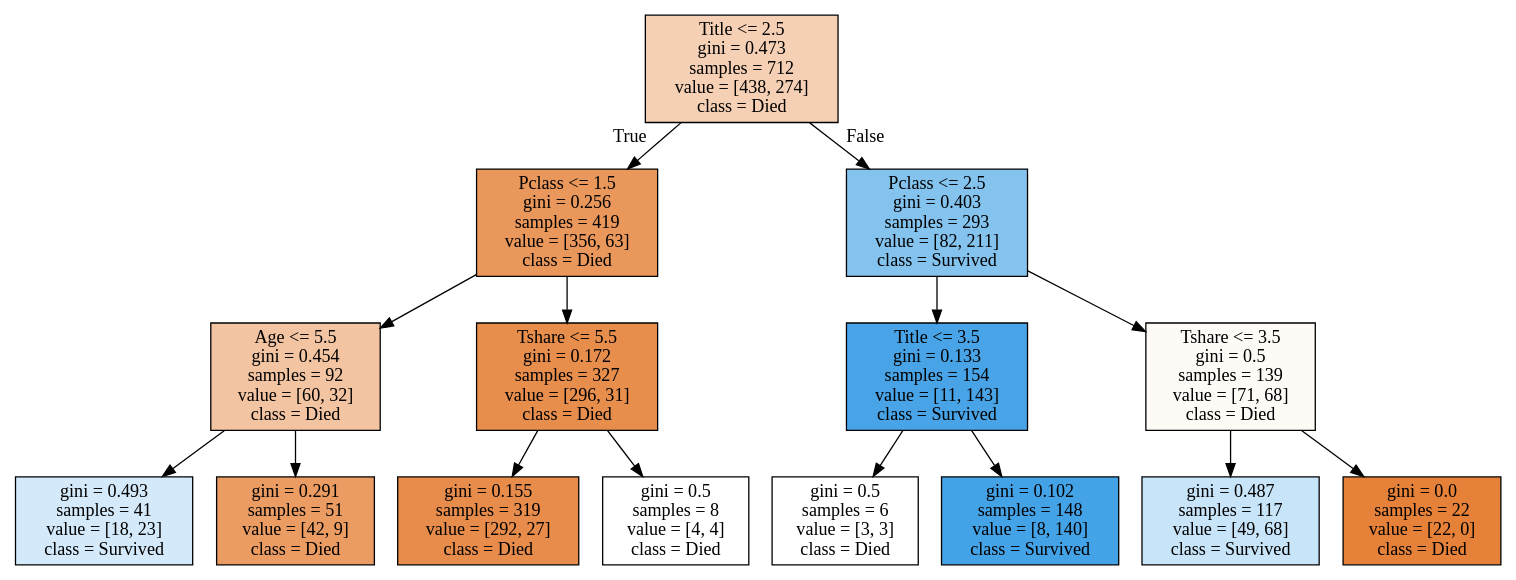
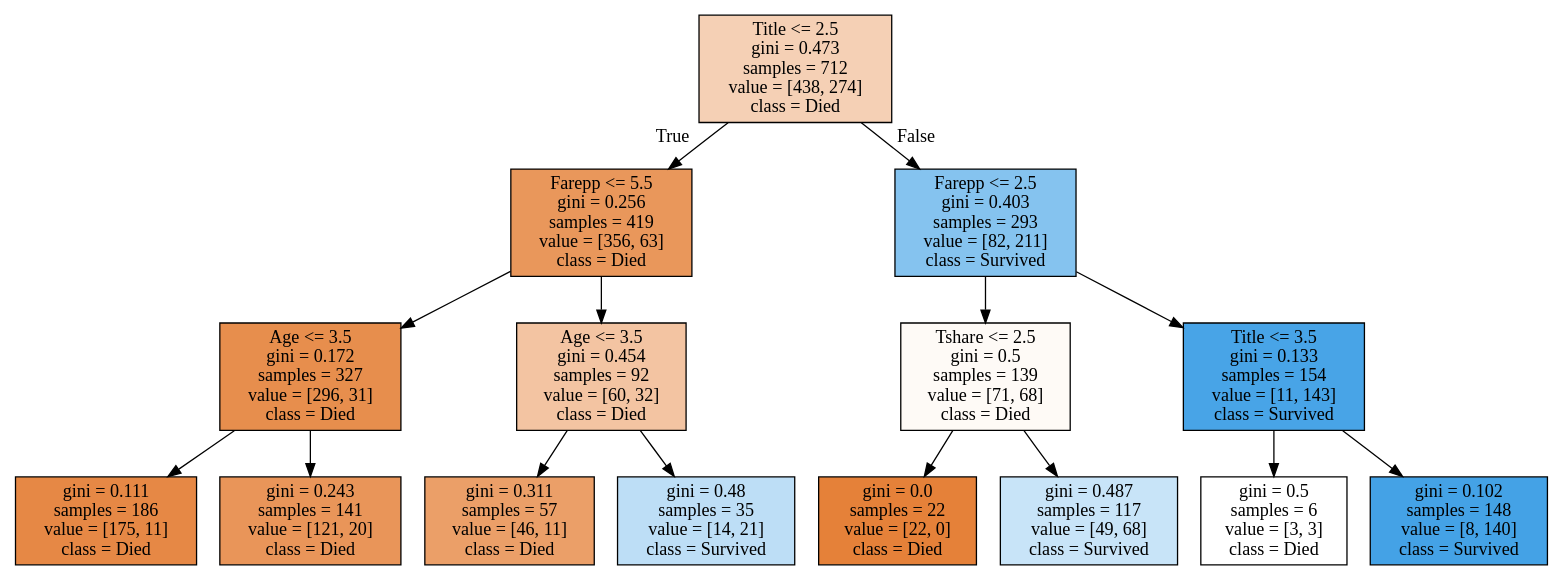
Before and after one commit to jack89roberts/kaggle-titanic: the diagram in tree.dot, drawn with Graphviz. The commit also changed 1 other file, not shown here.

```diff
--- a/tree.dot
+++ b/tree.dot
@@ -1,32 +1,32 @@
 digraph Tree {
 node [shape=box, style="filled", color="black"] ;
 0 [label="Title <= 2.5\ngini = 0.473\nsamples = 712\nvalue = [438, 274]\nclass = Died", fillcolor="#e581395f"] ;
-1 [label="Pclass <= 1.5\ngini = 0.256\nsamples = 419\nvalue = [356, 63]\nclass = Died", fillcolor="#e58139d2"] ;
+1 [label="Farepp <= 5.5\ngini = 0.256\nsamples = 419\nvalue = [356, 63]\nclass = Died", fillcolor="#e58139d2"] ;
 0 -> 1 [labeldistance=2.5, labelangle=45, headlabel="True"] ;
-2 [label="Age <= 5.5\ngini = 0.454\nsamples = 92\nvalue = [60, 32]\nclass = Died", fillcolor="#e5813977"] ;
+2 [label="Age <= 3.5\ngini = 0.172\nsamples = 327\nvalue = [296, 31]\nclass = Died", fillcolor="#e58139e4"] ;
 1 -> 2 ;
-3 [label="gini = 0.493\nsamples = 41\nvalue = [18, 23]\nclass = Survived", fillcolor="#399de537"] ;
+3 [label="gini = 0.111\nsamples = 186\nvalue = [175, 11]\nclass = Died", fillcolor="#e58139ef"] ;
 2 -> 3 ;
-4 [label="gini = 0.291\nsamples = 51\nvalue = [42, 9]\nclass = Died", fillcolor="#e58139c8"] ;
+4 [label="gini = 0.243\nsamples = 141\nvalue = [121, 20]\nclass = Died", fillcolor="#e58139d5"] ;
 2 -> 4 ;
-5 [label="Tshare <= 5.5\ngini = 0.172\nsamples = 327\nvalue = [296, 31]\nclass = Died", fillcolor="#e58139e4"] ;
+5 [label="Age <= 3.5\ngini = 0.454\nsamples = 92\nvalue = [60, 32]\nclass = Died", fillcolor="#e5813977"] ;
 1 -> 5 ;
-6 [label="gini = 0.155\nsamples = 319\nvalue = [292, 27]\nclass = Died", fillcolor="#e58139e7"] ;
+6 [label="gini = 0.311\nsamples = 57\nvalue = [46, 11]\nclass = Died", fillcolor="#e58139c2"] ;
 5 -> 6 ;
-7 [label="gini = 0.5\nsamples = 8\nvalue = [4, 4]\nclass = Died", fillcolor="#e5813900"] ;
+7 [label="gini = 0.48\nsamples = 35\nvalue = [14, 21]\nclass = Survived", fillcolor="#399de555"] ;
 5 -> 7 ;
-8 [label="Pclass <= 2.5\ngini = 0.403\nsamples = 293\nvalue = [82, 211]\nclass = Survived", fillcolor="#399de59c"] ;
+8 [label="Farepp <= 2.5\ngini = 0.403\nsamples = 293\nvalue = [82, 211]\nclass = Survived", fillcolor="#399de59c"] ;
 0 -> 8 [labeldistance=2.5, labelangle=-45, headlabel="False"] ;
-9 [label="Title <= 3.5\ngini = 0.133\nsamples = 154\nvalue = [11, 143]\nclass = Survived", fillcolor="#399de5eb"] ;
+9 [label="Tshare <= 2.5\ngini = 0.5\nsamples = 139\nvalue = [71, 68]\nclass = Died", fillcolor="#e581390b"] ;
 8 -> 9 ;
-10 [label="gini = 0.5\nsamples = 6\nvalue = [3, 3]\nclass = Died", fillcolor="#e5813900"] ;
+10 [label="gini = 0.0\nsamples = 22\nvalue = [22, 0]\nclass = Died", fillcolor="#e58139ff"] ;
 9 -> 10 ;
-11 [label="gini = 0.102\nsamples = 148\nvalue = [8, 140]\nclass = Survived", fillcolor="#399de5f0"] ;
+11 [label="gini = 0.487\nsamples = 117\nvalue = [49, 68]\nclass = Survived", fillcolor="#399de547"] ;
 9 -> 11 ;
-12 [label="Tshare <= 3.5\ngini = 0.5\nsamples = 139\nvalue = [71, 68]\nclass = Died", fillcolor="#e581390b"] ;
+12 [label="Title <= 3.5\ngini = 0.133\nsamples = 154\nvalue = [11, 143]\nclass = Survived", fillcolor="#399de5eb"] ;
 8 -> 12 ;
-13 [label="gini = 0.487\nsamples = 117\nvalue = [49, 68]\nclass = Survived", fillcolor="#399de547"] ;
+13 [label="gini = 0.5\nsamples = 6\nvalue = [3, 3]\nclass = Died", fillcolor="#e5813900"] ;
 12 -> 13 ;
-14 [label="gini = 0.0\nsamples = 22\nvalue = [22, 0]\nclass = Died", fillcolor="#e58139ff"] ;
+14 [label="gini = 0.102\nsamples = 148\nvalue = [8, 140]\nclass = Survived", fillcolor="#399de5f0"] ;
 12 -> 14 ;
 }
```
